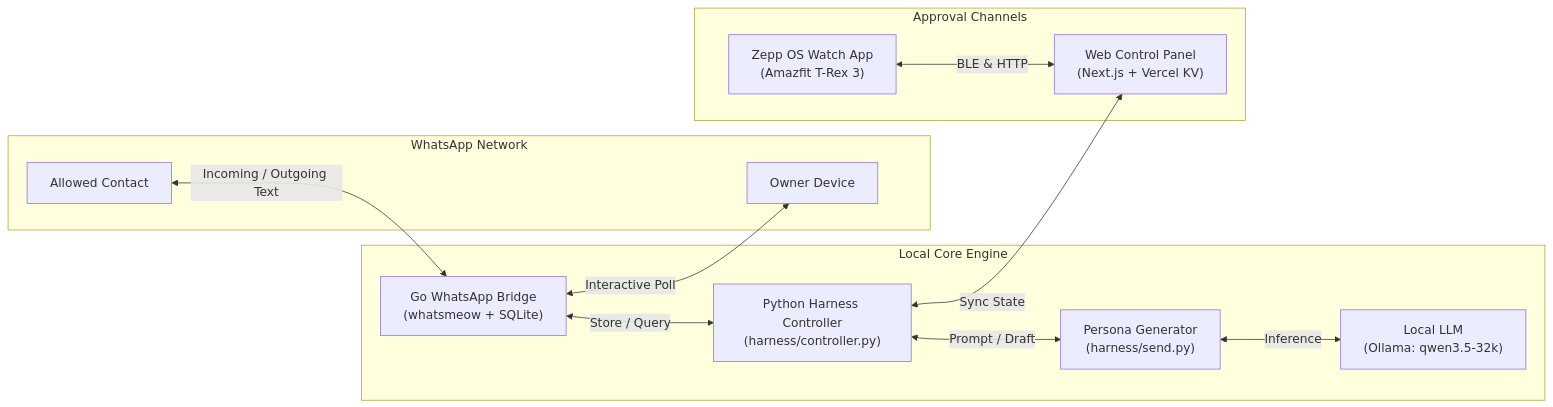
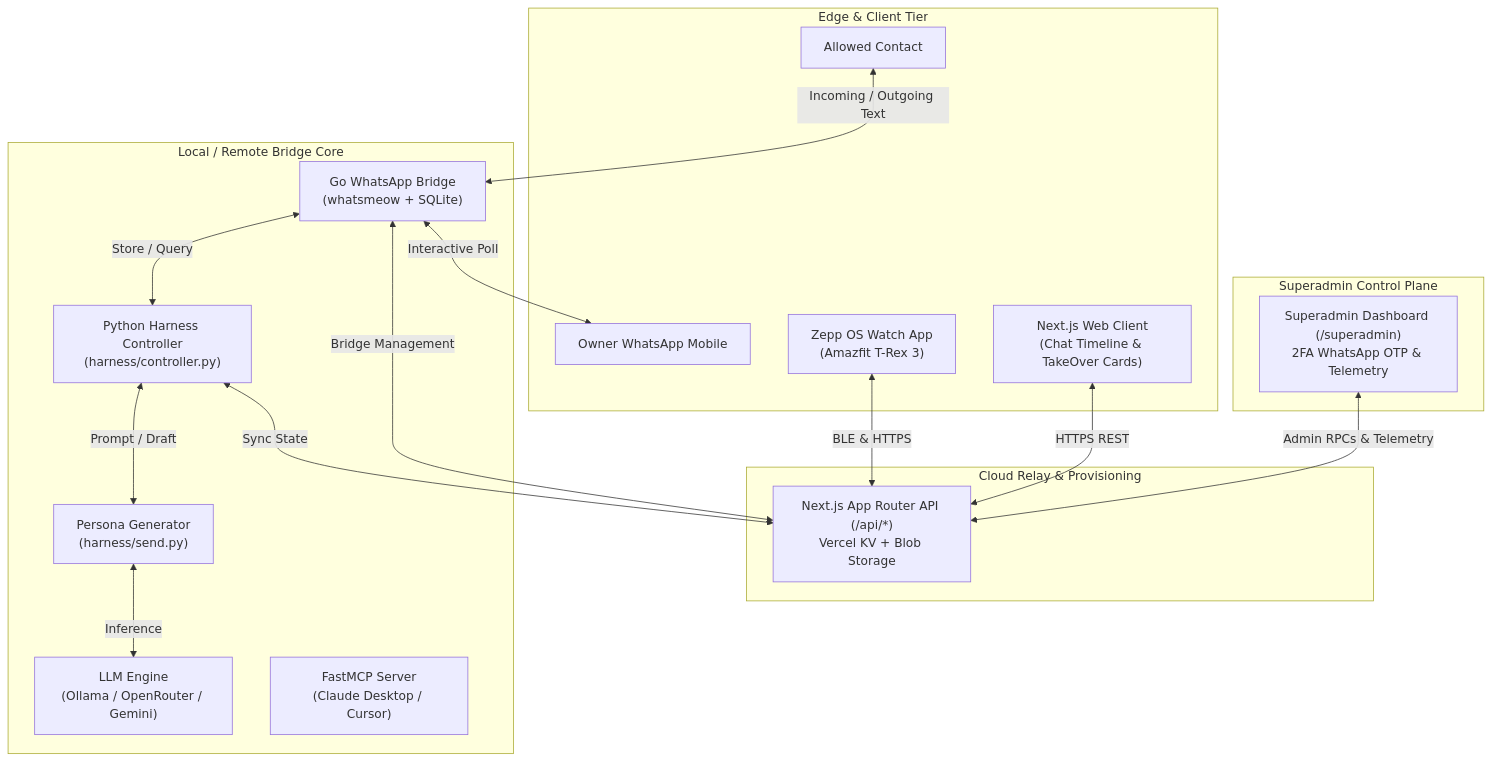
The second of 2 diagrams in README.md (Nikhil-Mundhra/whatsapp-ai), drawn with Mermaid before and after one commit. The commit also changed other lines of this file and 12 other files, not shown here.

Commit message:
docs: update system architecture and remove emojis across documentation

````diff
--- a/README.md
+++ b/README.md
@@ -51,28 +52,37 @@
 ```mermaid
-flowchart LR
-    subgraph WhatsApp["WhatsApp Network"]
+flowchart TB
+    subgraph EdgeTier["Edge & Client Tier"]
         Contact[Allowed Contact]
-        OwnerPhone[Owner Device]
+        OwnerPhone[Owner WhatsApp Mobile]
+        ZeppWatch["Zepp OS Watch App<br/>(Amazfit T-Rex 3)"]
+        WebClient["Next.js Web Client<br/>(Chat Timeline & TakeOver Cards)"]
     end
 
-    subgraph CoreEngine["Local Core Engine"]
+    subgraph SuperadminTier["Superadmin Control Plane"]
+        SuperadminDash["Superadmin Dashboard (/superadmin)<br/>2FA WhatsApp OTP & Telemetry"]
+    end
+
+    subgraph CloudRelay["Cloud Relay & Provisioning"]
+        WebRelay["Next.js App Router API (/api/*)<br/>Vercel KV + Blob Storage"]
+    end
+
+    subgraph CoreEngine["Local / Remote Bridge Core"]
         Bridge["Go WhatsApp Bridge<br/>(whatsmeow + SQLite)"]
         Controller["Python Harness Controller<br/>(harness/controller.py)"]
         Generator["Persona Generator<br/>(harness/send.py)"]
-        Ollama["Local LLM<br/>(Ollama: qwen3.5-32k)"]
-    end
-
-    subgraph Approvals["Approval Channels"]
-        ZeppWatch["Zepp OS Watch App<br/>(Amazfit T-Rex 3)"]
-        WebDash["Web Control Panel<br/>(Next.js + Vercel KV)"]
+        Ollama["LLM Engine<br/>(Ollama / OpenRouter / Gemini)"]
+        MCPServer["FastMCP Server<br/>(Claude Desktop / Cursor)"]
     end
 
     Contact <-->|Incoming / Outgoing Text| Bridge
     Bridge <-->|Store / Query| Controller
     Controller <-->|Prompt / Draft| Generator
     Generator <-->|Inference| Ollama
     
     Bridge <-->|Interactive Poll| OwnerPhone
-    Controller <-->|Sync State| WebDash
-    ZeppWatch <-->|BLE & HTTP| WebDash
+    Controller <-->|Sync State| WebRelay
+    ZeppWatch <-->|BLE & HTTPS| WebRelay
+    WebClient <-->|HTTPS REST| WebRelay
+    SuperadminDash <-->|Admin RPCs & Telemetry| WebRelay
+    WebRelay <-->|Bridge Management| Bridge
 ```
````
